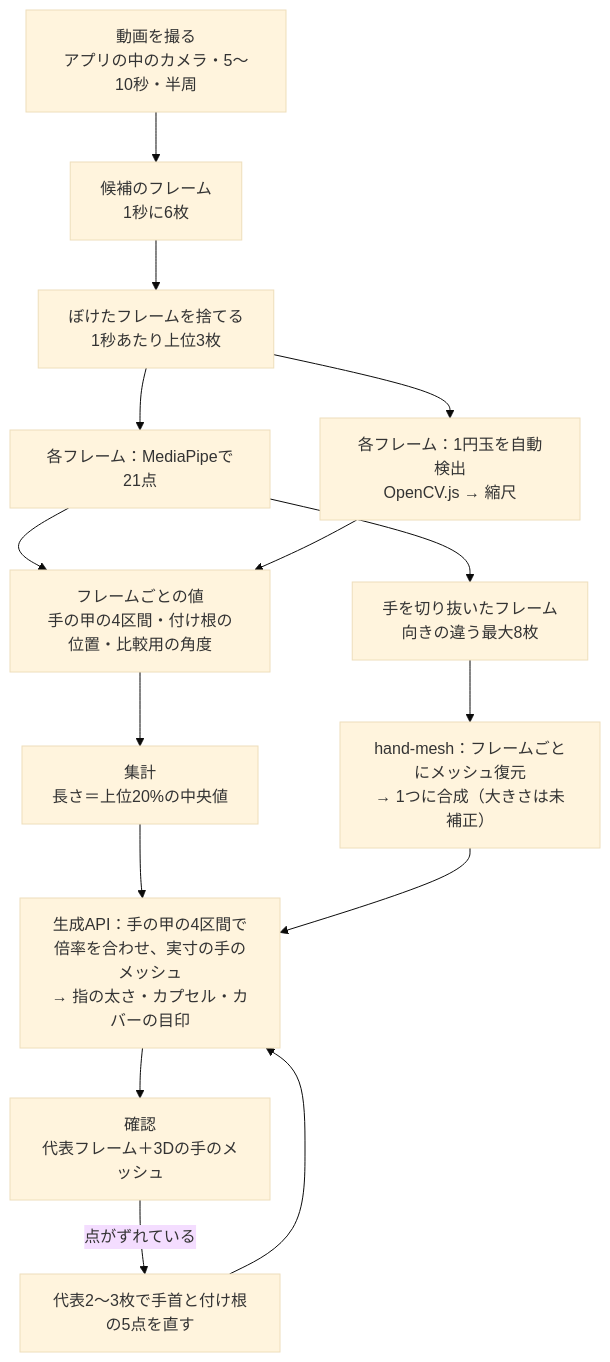
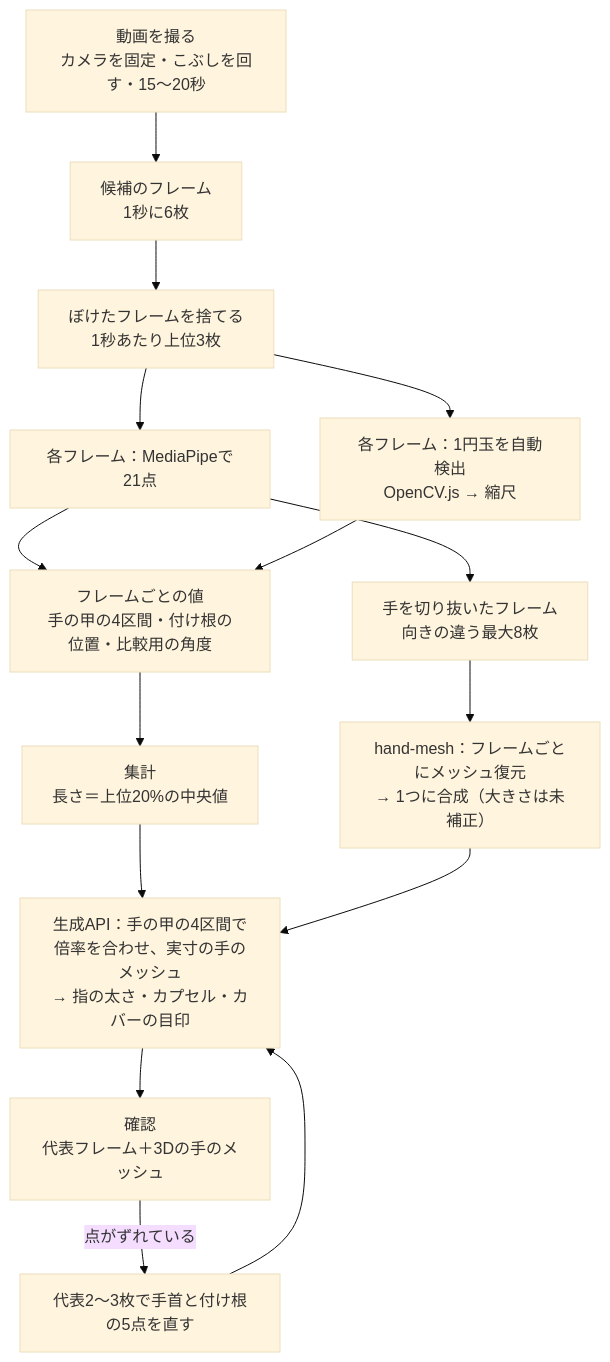
The first of 2 diagrams in docs/measurement.md (Devfest-Hackathon-2026/df-2026-t101), drawn with Mermaid (base theme) before and after one commit. The commit also changed other lines of this file and 13 other files, not shown here.

Commit message:
撮影はカメラを固定して手を回す方法に変更（15〜20秒）。1円玉はカメラに映っていれば置き場所は自由。暗い布の説明とイメージ図を削除。ホームの題をHand-Some-Fitに。作業は続きますの文言

````diff
--- a/docs/measurement.md
+++ b/docs/measurement.md
@@ -16,15 +16,15 @@
 ```mermaid
 flowchart TD
-  A[動画を撮る<br/>アプリの中のカメラ・5〜10秒・半周] --> B[候補のフレーム<br/>1秒に6枚]
+  A[動画を撮る<br/>カメラを固定・こぶしを回す・15〜20秒] --> B[候補のフレーム<br/>1秒に6枚]
   B --> C[ぼけたフレームを捨てる<br/>1秒あたり上位3枚]
   C --> D[各フレーム：MediaPipeで21点]
   C --> E[各フレーム：1円玉を自動検出<br/>OpenCV.js → 縮尺]
   D & E --> F[フレームごとの値<br/>手の甲の4区間・付け根の位置・比較用の角度]
   F --> G[集計<br/>長さ＝上位20%の中央値]
   D --> H[手を切り抜いたフレーム<br/>向きの違う最大8枚]
   H --> I[hand-mesh：フレームごとにメッシュ復元<br/>→ 1つに合成（大きさは未補正）]
   G & I --> J[生成API：手の甲の4区間で倍率を合わせ、実寸の手のメッシュ<br/>→ 指の太さ・カプセル・カバーの目印]
   J --> K[確認<br/>代表フレーム＋3Dの手のメッシュ]
   K -->|点がずれている| L[代表2〜3枚で手首と付け根の5点を直す]
   L --> J
 ```
````
